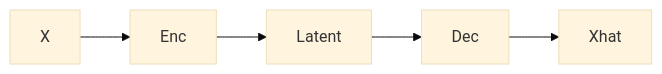
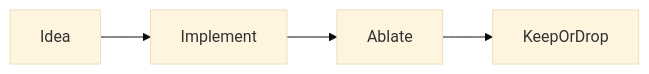
Before and after one commit to abdulsamad183/ai-engineering-playbook: the diagram in domains/deep-learning/advanced-deep-learning/01-autoencoders.md, drawn with Mermaid (base theme). The commit also changed other lines of this file and 203 other files, not shown here.

````diff
--- a/domains/deep-learning/advanced-deep-learning/01-autoencoders.md
+++ b/domains/deep-learning/advanced-deep-learning/01-autoencoders.md
@@ -20,4 +91,4 @@
 ```mermaid
 flowchart LR
-  X --> Enc --> Z[Latent] --> Dec --> Xhat
+  Idea --> Implement --> Ablate --> KeepOrDrop
 ```
````
